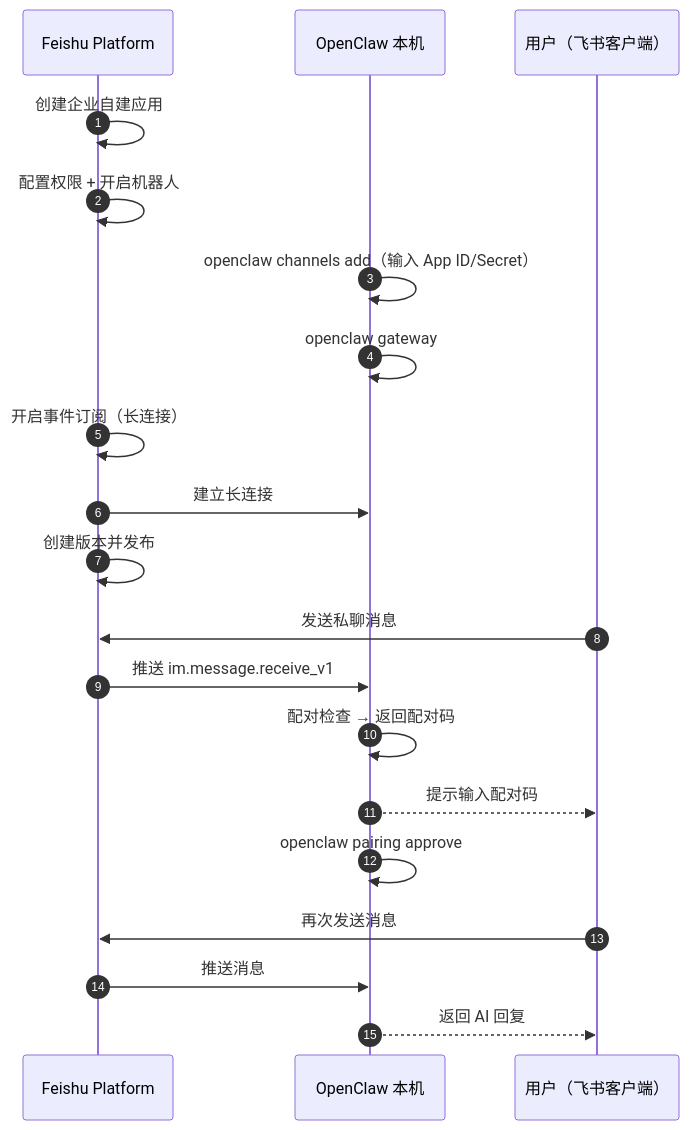
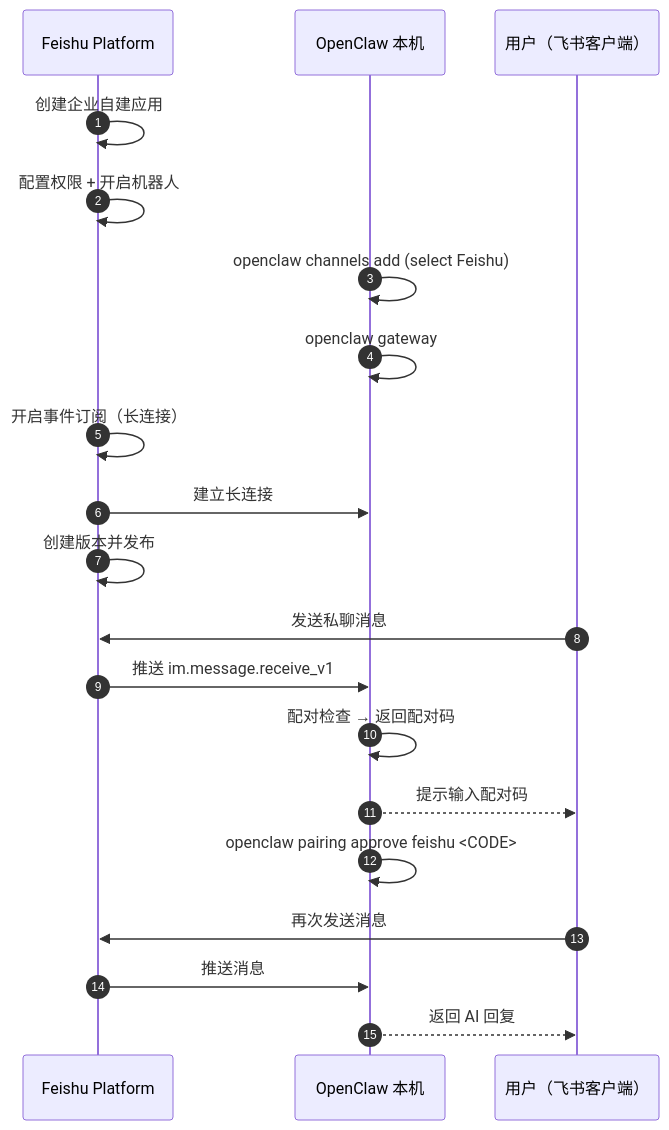
Before and after one commit to yeasy/openclaw_guide: the diagram in 07_multi_agent/7.2_lark_integration.md, drawn with Mermaid. The commit also changed other lines of this file and 89 other files, not shown here.

````diff
--- a/07_multi_agent/7.2_lark_integration.md
+++ b/07_multi_agent/7.2_lark_integration.md
@@ -28,23 +28,23 @@
 ```mermaid
 sequenceDiagram
     autonumber
     participant FS as Feishu Platform
     participant OC as OpenClaw 本机
     participant User as 用户（飞书客户端）
 
     FS->>FS: 创建企业自建应用
     FS->>FS: 配置权限 + 开启机器人
-    OC->>OC: openclaw channels add（输入 App ID/Secret）
+    OC->>OC: openclaw channels add (select Feishu)
     OC->>OC: openclaw gateway
     FS->>FS: 开启事件订阅（长连接）
     FS->>OC: 建立长连接
     FS->>FS: 创建版本并发布
     User->>FS: 发送私聊消息
     FS->>OC: 推送 im.message.receive_v1
     OC->>OC: 配对检查 → 返回配对码
     OC-->>User: 提示输入配对码
-    OC->>OC: openclaw pairing approve
+    OC->>OC: openclaw pairing approve feishu <CODE>
     User->>FS: 再次发送消息
     FS->>OC: 推送消息
     OC-->>User: 返回 AI 回复
 ```
````
